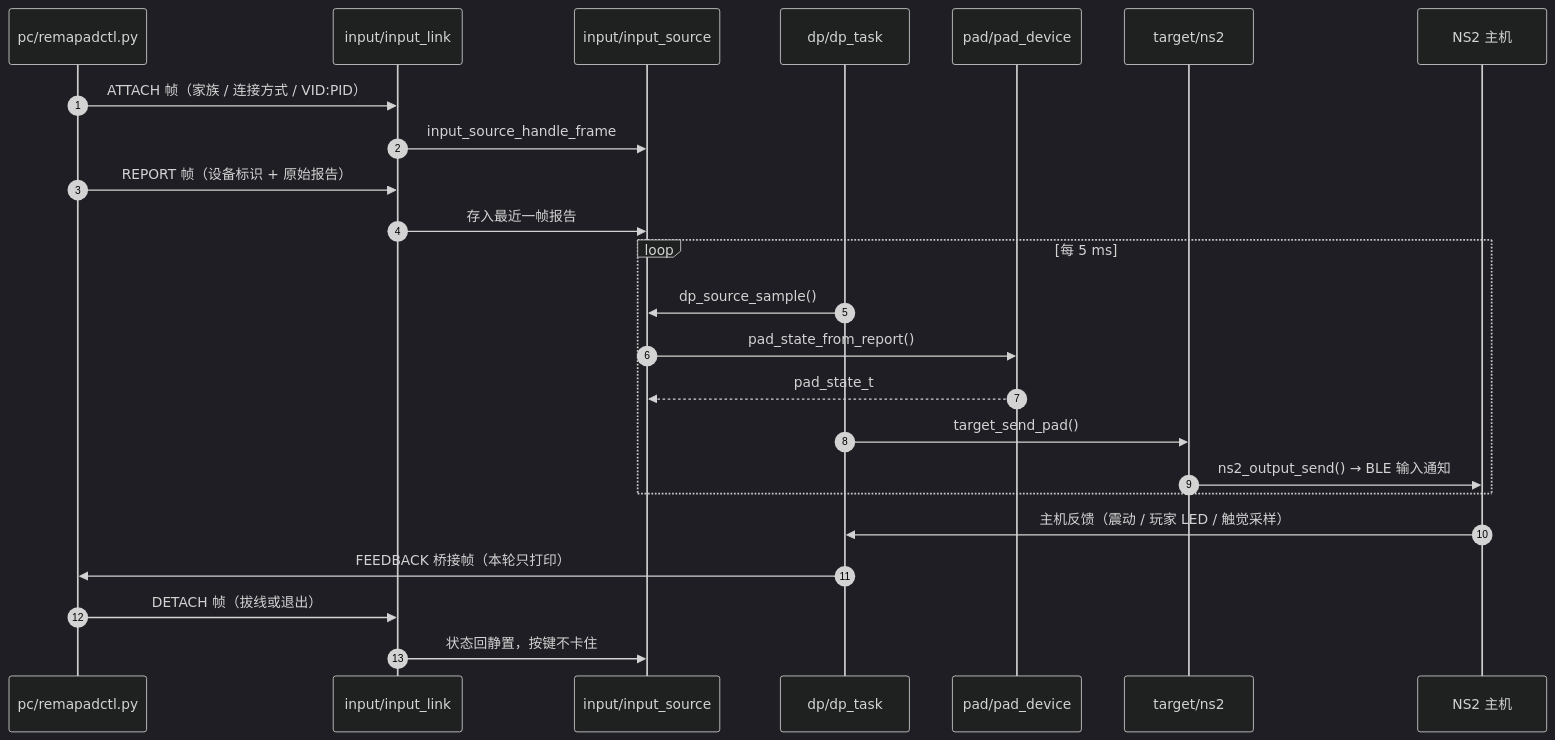
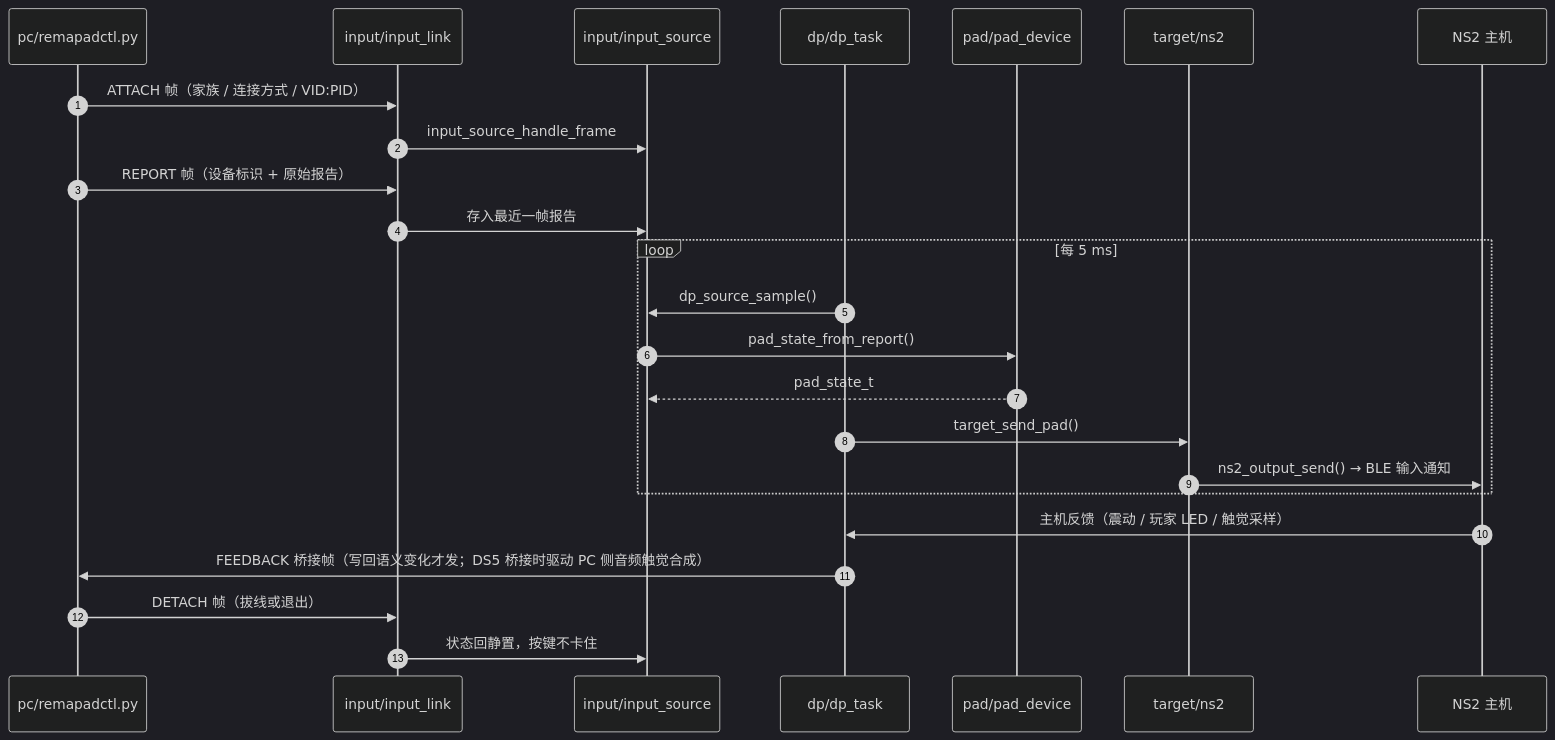
The fifth of 7 diagrams in docs/ABSTRACTIONS.md (slime7/remapad), drawn with Mermaid (dark theme) before and after one commit. The commit also changed other lines of this file and 40 other files, not shown here.

````diff
--- a/docs/ABSTRACTIONS.md
+++ b/docs/ABSTRACTIONS.md
@@ -346,27 +355,27 @@
 ```mermaid
 sequenceDiagram
     autonumber
     participant PC as pc/remapadctl.py
     participant RECV as input/input_link
     participant SRC as input/input_source
     participant DP as dp/dp_task
     participant DEV as pad/pad_device
     participant TGT as target/ns2
     participant HOST as NS2 主机
 
     PC->>RECV: ATTACH 帧（家族 / 连接方式 / VID:PID）
     RECV->>SRC: input_source_handle_frame
     PC->>RECV: REPORT 帧（设备标识 + 原始报告）
     RECV->>SRC: 存入最近一帧报告
     loop 每 5 ms
         DP->>SRC: dp_source_sample()
         SRC->>DEV: pad_state_from_report()
         DEV-->>SRC: pad_state_t
         DP->>TGT: target_send_pad()
         TGT->>HOST: ns2_output_send() → BLE 输入通知
     end
     HOST->>DP: 主机反馈（震动 / 玩家 LED / 触觉采样）
-    DP->>PC: FEEDBACK 桥接帧（本轮只打印）
+    DP->>PC: FEEDBACK 桥接帧（写回语义变化才发；DS5 桥接时驱动 PC 侧音频触觉合成）
     PC->>RECV: DETACH 帧（拔线或退出）
     RECV->>SRC: 状态回静置，按键不卡住
 ```
````
